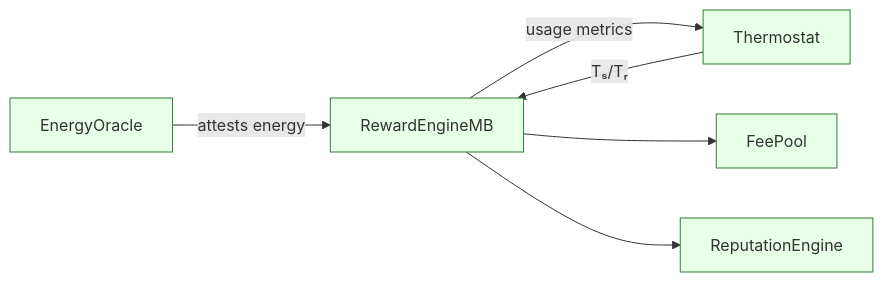
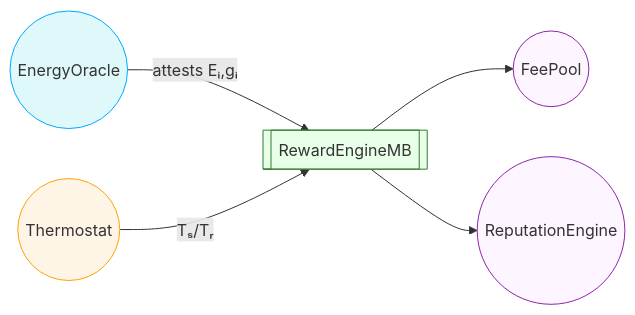
One commit to MontrealAI/AGIJobsv0 changed the first of 3 diagrams in docs/universal-platform-incentive-architecture.md. Above: the diagram before and after it, drawn with Mermaid. The commit also changed 1 other file, not shown here.

Commit message:
docs: enhance thermodynamic incentive diagrams

````diff
--- a/docs/universal-platform-incentive-architecture.md
+++ b/docs/universal-platform-incentive-architecture.md
@@ -32,10 +32,17 @@
 ```mermaid
 flowchart LR
-    EO[EnergyOracle] -->|attests energy| RE[RewardEngineMB]
-    RE -->|usage metrics| TH[Thermostat]
-    TH -->|Tₛ/Tᵣ| RE
-    RE --> FP[FeePool]
-    RE --> REP[ReputationEngine]
-    classDef mod fill:#e8ffe8,stroke:#2e7d32,stroke-width:1px;
-    class EO,RE,TH,FP,REP mod;
+    EO((EnergyOracle)):::oracle -->|attests Eᵢ,gᵢ| RE[[RewardEngineMB]]:::engine
+    TH((Thermostat)):::thermo -->|Tₛ/Tᵣ| RE
+    RE --> FP((FeePool)):::out
+    RE --> REP((ReputationEngine)):::out
+
+    classDef oracle fill:#dff9fb,stroke:#00a8ff,stroke-width:1px;
+    classDef engine fill:#e8ffe8,stroke:#2e7d32,stroke-width:1px;
+    classDef thermo fill:#fff5e6,stroke:#ffa200,stroke-width:1px;
+    classDef out fill:#fdf5ff,stroke:#8e24aa,stroke-width:1px;
+
+    class EO oracle;
+    class RE engine;
+    class TH thermo;
+    class FP,REP out;
 ```
````
